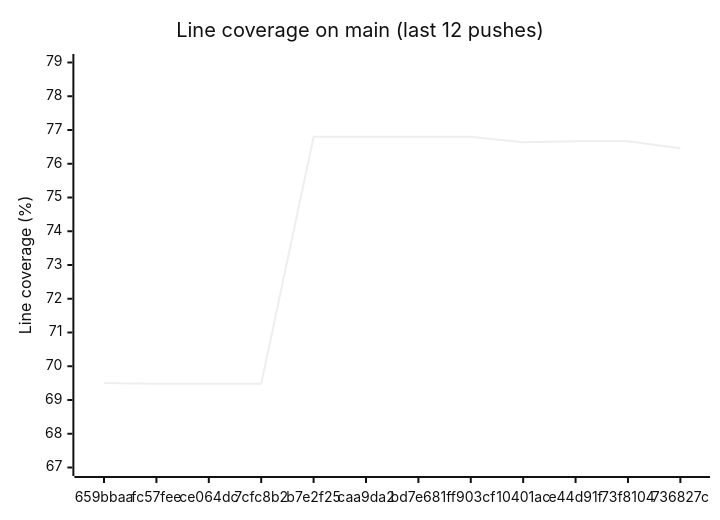
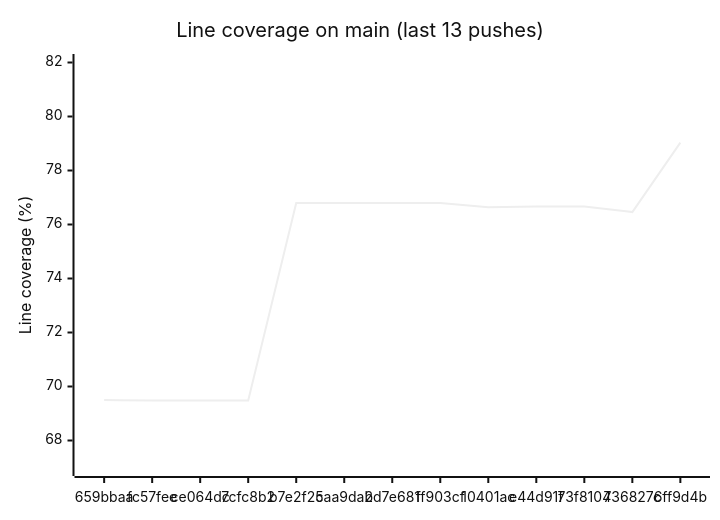
The diagram in README.md (enaweg/godot-epluginframework), drawn with Mermaid (neutral theme) before and after one commit. The commit also changed other lines of this file and 3 other files, not shown here.

````diff
--- a/README.md
+++ b/README.md
@@ -9,7 +9,7 @@
 ```mermaid
 xychart-beta
-    title "Line coverage on main (last 12 pushes)"
-    x-axis ["659bbaa", "fc57fee", "ce064dc", "7cfc8b2", "b7e2f25", "caa9da2", "bd7e681", "ff903cf", "10401ac", "e44d91f", "73f8104", "736827c"]
-    y-axis "Line coverage (%)" 67 --> 79
-    line [69.50, 69.48, 69.48, 69.48, 76.80, 76.80, 76.80, 76.80, 76.64, 76.67, 76.67, 76.46]
+    title "Line coverage on main (last 13 pushes)"
+    x-axis ["659bbaa", "fc57fee", "ce064dc", "7cfc8b2", "b7e2f25", "caa9da2", "bd7e681", "ff903cf", "10401ac", "e44d91f", "73f8104", "736827c", "6ff9d4b"]
+    y-axis "Line coverage (%)" 67 --> 82
+    line [69.50, 69.48, 69.48, 69.48, 76.80, 76.80, 76.80, 76.80, 76.64, 76.67, 76.67, 76.46, 79.03]
 ```
````
